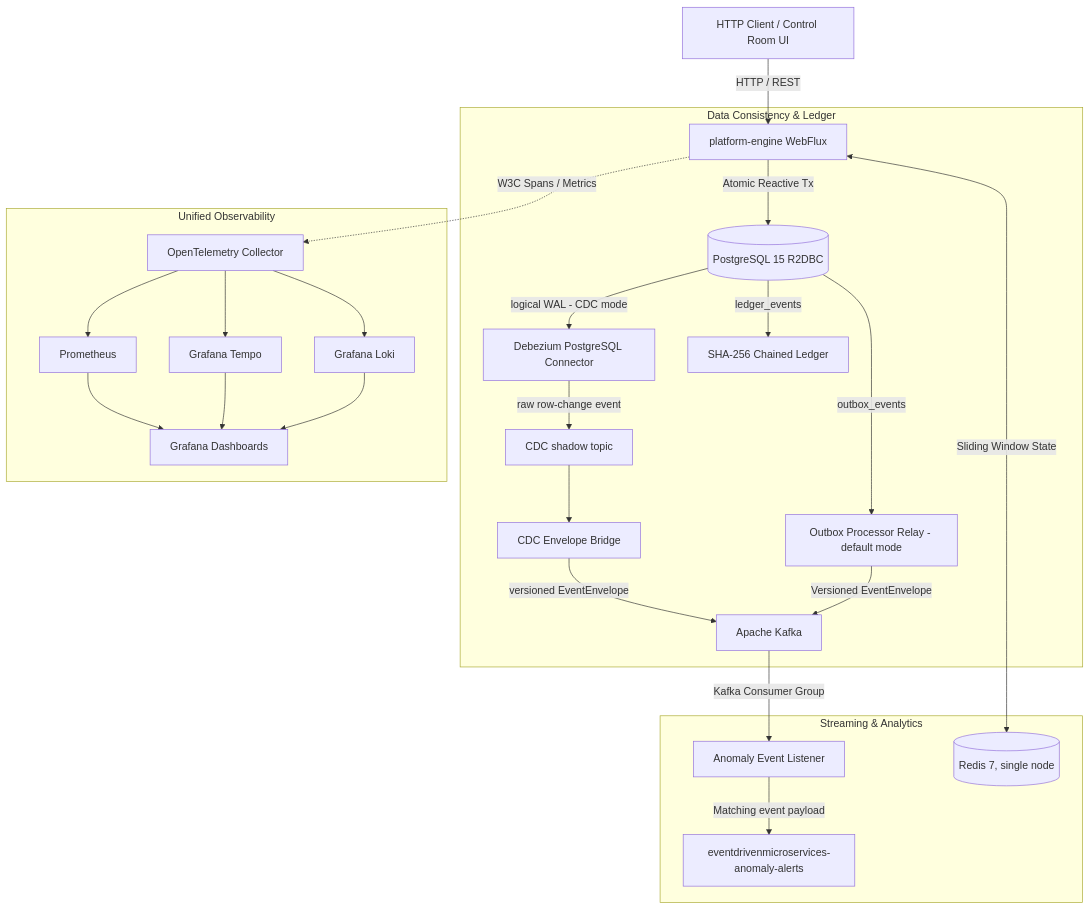
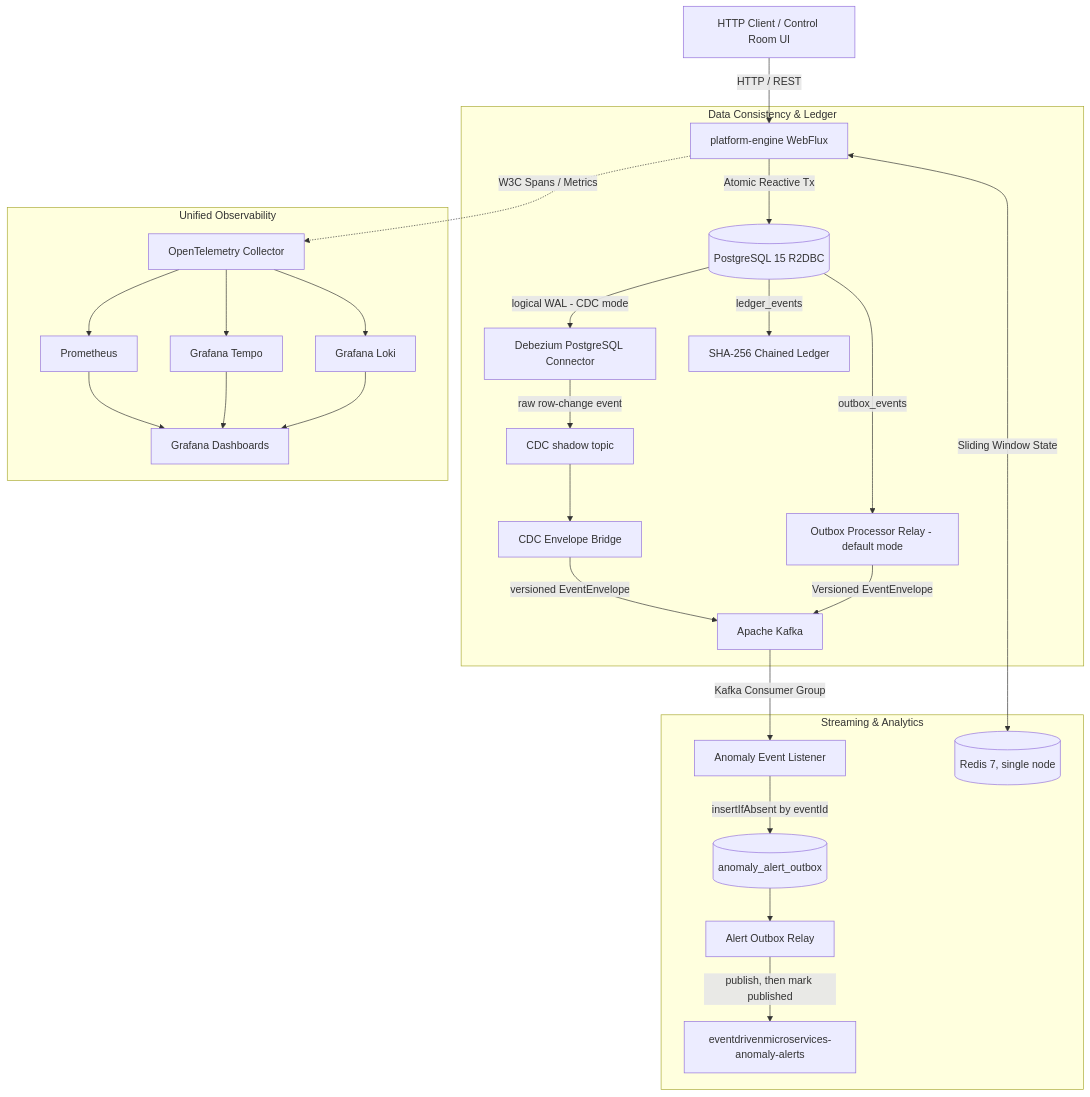
One commit to andreruizdev/event-driven-platform changed the diagram in docs/architecture.md. Above: the diagram before and after it, drawn with Mermaid. The commit also changed 2 other files, not shown here.

Commit message:
docs: align alert flow diagram, demo wording and record CI E2E evidence

````diff
--- a/docs/architecture.md
+++ b/docs/architecture.md
@@ -15,31 +15,33 @@
 ```mermaid
 flowchart TD
     Client[HTTP Client / Control Room UI] -->|HTTP / REST| API[platform-engine WebFlux]
     
     subgraph Data Consistency & Ledger
         API -->|Atomic Reactive Tx| PG[(PostgreSQL 15 R2DBC)]
         PG -->|outbox_events| RELAY[Outbox Processor Relay - default mode]
         PG -->|logical WAL - CDC mode| DEBEZIUM[Debezium PostgreSQL Connector]
         DEBEZIUM -->|raw row-change event| CDC[CDC shadow topic]
         CDC --> BRIDGE[CDC Envelope Bridge]
         BRIDGE -->|versioned EventEnvelope| KAFKA
         PG -->|ledger_events| LEDGER[SHA-256 Chained Ledger]
     end
 
     subgraph Streaming & Analytics
         RELAY -->|Versioned EventEnvelope| KAFKA[Apache Kafka]
         KAFKA -->|Kafka Consumer Group| LISTENER[Anomaly Event Listener]
-        LISTENER -->|Matching event payload| ALERT[eventdrivenmicroservices-anomaly-alerts]
+        LISTENER -->|insertIfAbsent by eventId| ALERTBOX[(anomaly_alert_outbox)]
+        ALERTBOX --> ALERTRELAY[Alert Outbox Relay]
+        ALERTRELAY -->|publish, then mark published| ALERT[eventdrivenmicroservices-anomaly-alerts]
         API <-->|Sliding Window State| REDIS[(Redis 7, single node)]
     end
 
     subgraph Unified Observability
         API -. W3C Spans / Metrics .-> OTEL[OpenTelemetry Collector]
         OTEL --> PROM[Prometheus]
         OTEL --> TEMPO[Grafana Tempo]
         OTEL --> LOKI[Grafana Loki]
         PROM --> GRAFANA[Grafana Dashboards]
         TEMPO --> GRAFANA
         LOKI --> GRAFANA
     end
 ```
````
